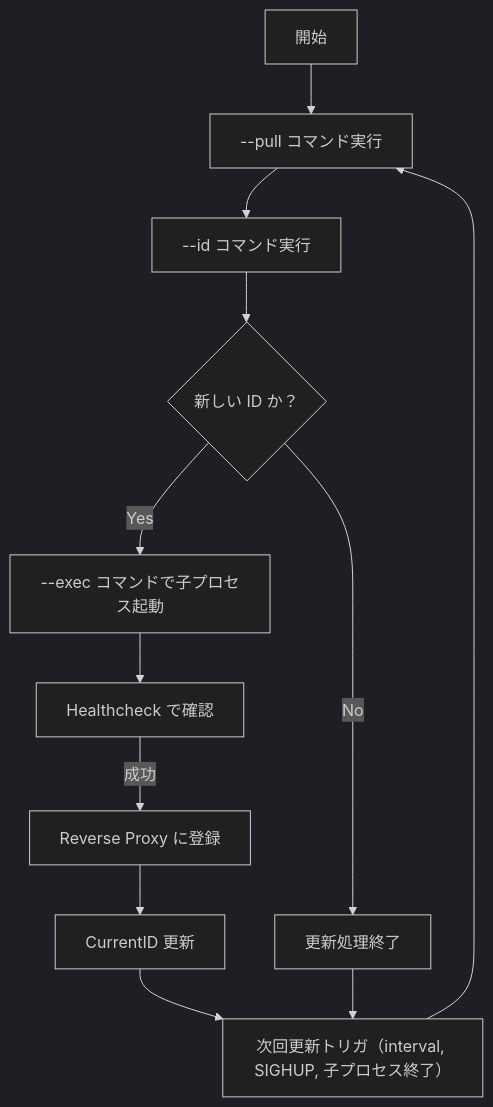
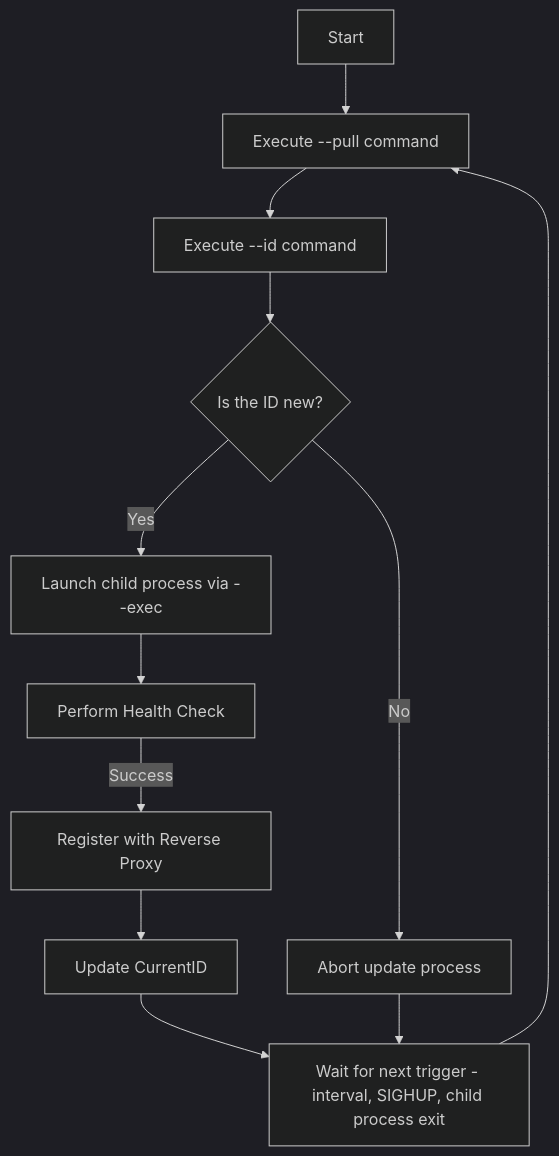
The diagram in README.md (tokuhirom/liveroll), drawn with Mermaid (dark theme) before and after one commit. The commit also changed other lines of this file, not shown here.

````diff
--- a/README.md
+++ b/README.md
@@ -139,14 +137,14 @@
 ```mermaid
 flowchart TD
-    A[開始] --> B[--pull コマンド実行]
-    B --> C[--id コマンド実行]
-    C --> D{新しい ID か？}
-    D -- Yes --> E[--exec コマンドで子プロセス起動]
-    E --> F[Healthcheck で確認]
-    F -- 成功 --> G[Reverse Proxy に登録]
-    G --> H[CurrentID 更新]
-    D -- No --> I[更新処理終了]
-    H --> J[次回更新トリガ（interval, SIGHUP, 子プロセス終了）]
+    A[Start] --> B[Execute --pull command]
+    B --> C[Execute --id command]
+    C --> D{Is the ID new?}
+    D -- Yes --> E[Launch child process via --exec]
+    E --> F[Perform Health Check]
+    F -- Success --> G[Register with Reverse Proxy]
+    G --> H[Update CurrentID]
+    D -- No --> I[Abort update process]
+    H --> J[Wait for next trigger - interval, SIGHUP, child process exit]
     I --> J
     J --> B
 ```
````
